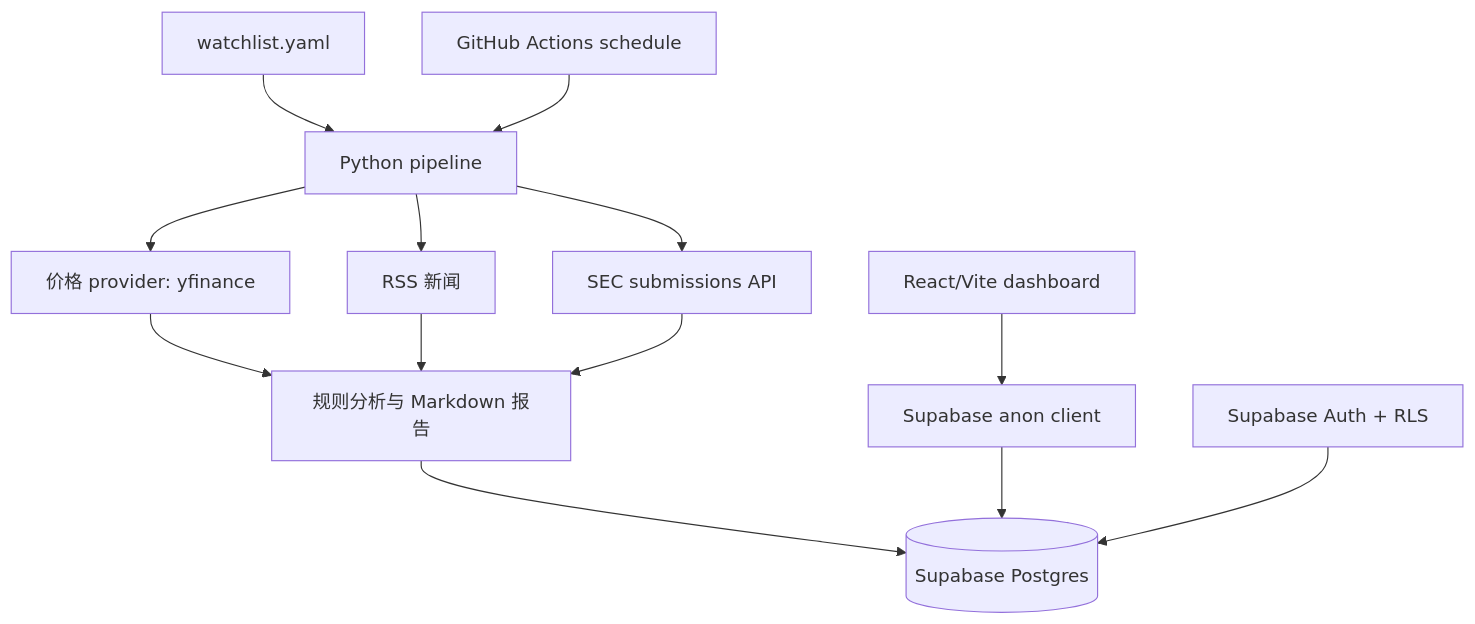
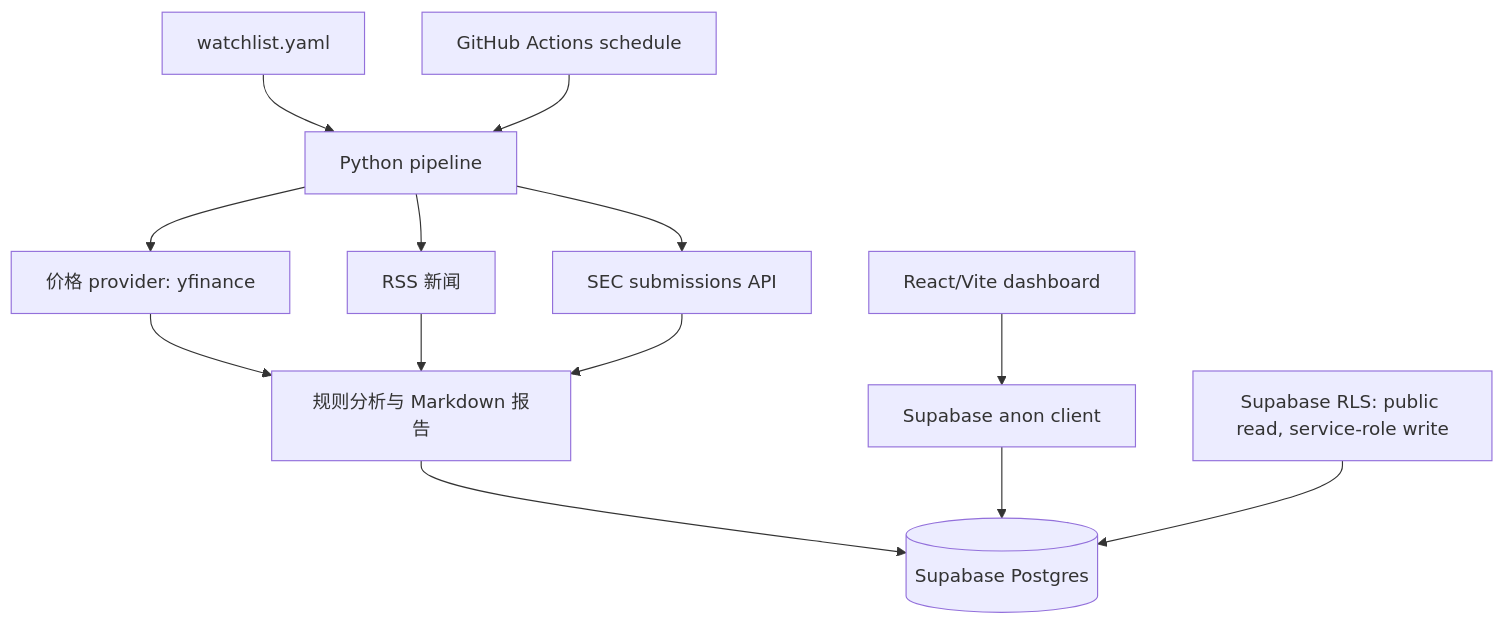
The diagram in README.md (Demon-Laplace/AutoStocksInfo), drawn with Mermaid before and after one commit. The commit also changed other lines of this file and 3 other files, not shown here.

Commit message:
Make dashboard public read-only

````diff
--- a/README.md
+++ b/README.md
@@ -9,15 +9,15 @@
 ```mermaid
 flowchart TD
   A[watchlist.yaml] --> B[Python pipeline]
   B --> C[价格 provider: yfinance]
   B --> D[RSS 新闻]
   B --> E[SEC submissions API]
   C --> F[规则分析与 Markdown 报告]
   D --> F
   E --> F
   F --> G[(Supabase Postgres)]
   H[GitHub Actions schedule] --> B
   I[React/Vite dashboard] --> J[Supabase anon client]
   J --> G
-  K[Supabase Auth + RLS] --> G
+  K[Supabase RLS: public read, service-role write] --> G
 ```
````
